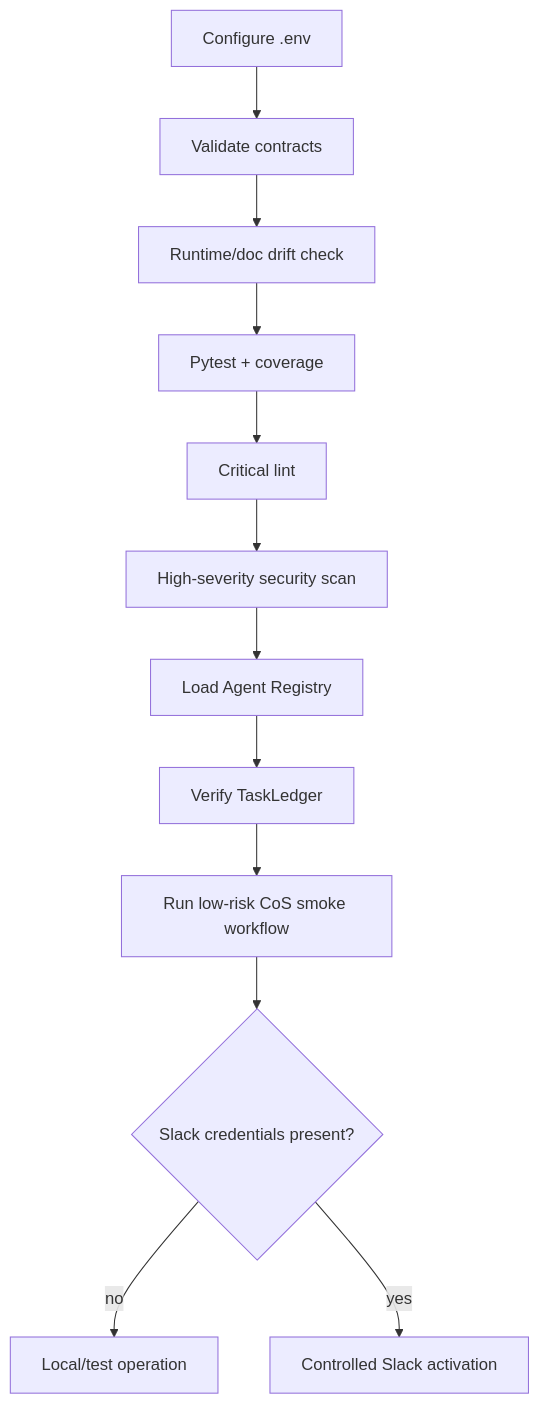
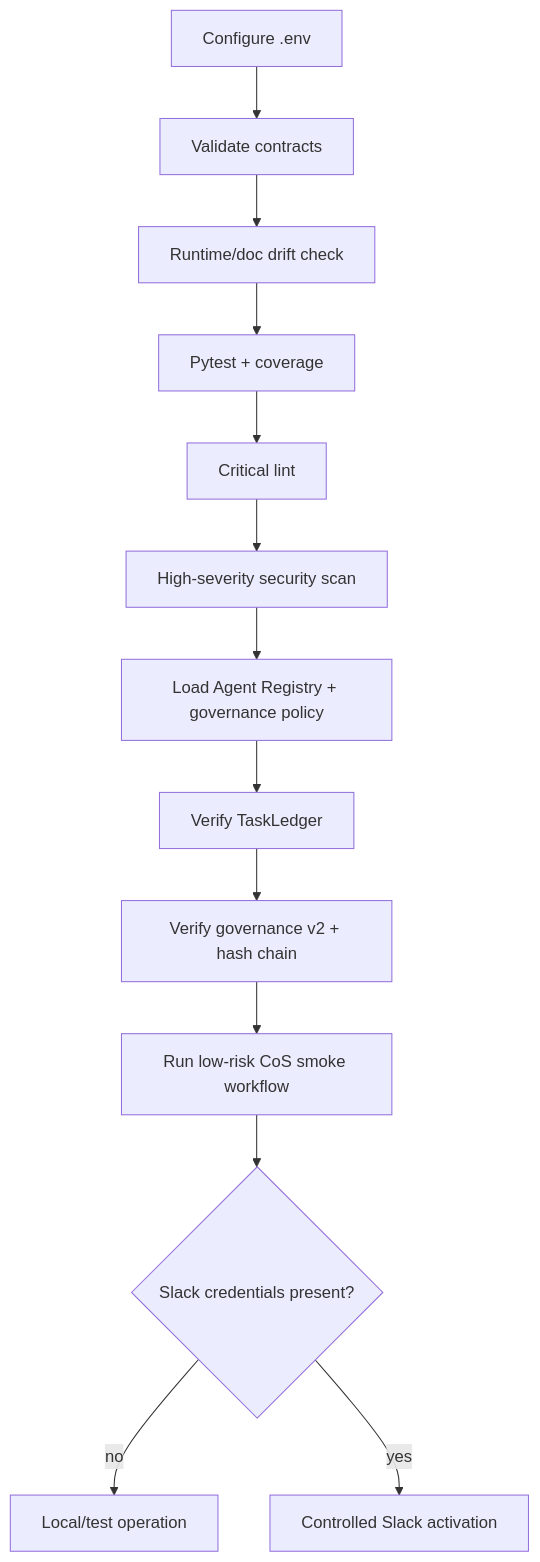
Before and after one commit to mkleinbe/mesh-ai-agent-cos-universe: the first of 3 diagrams in docs/runbook.md, drawn with Mermaid. The commit also changed other lines of this file, not shown here.

Commit message:
docs: add governance-log operations and reconciliation runbook

````diff
--- a/docs/runbook.md
+++ b/docs/runbook.md
@@ -5,14 +5,15 @@
 ```mermaid
 flowchart TB
     CFG[Configure .env] --> CONTRACTS[Validate contracts]
     CONTRACTS --> DRIFT[Runtime/doc drift check]
     DRIFT --> TEST[Pytest + coverage]
     TEST --> LINT[Critical lint]
     LINT --> SEC[High-severity security scan]
-    SEC --> REG[Load Agent Registry]
+    SEC --> REG[Load Agent Registry + governance policy]
     REG --> LEDGER[Verify TaskLedger]
-    LEDGER --> SMOKE[Run low-risk CoS smoke workflow]
+    LEDGER --> GOV[Verify governance v2 + hash chain]
+    GOV --> SMOKE[Run low-risk CoS smoke workflow]
     SMOKE --> SLACK{Slack credentials present?}
     SLACK -->|no| LOCAL[Local/test operation]
     SLACK -->|yes| LIVE[Controlled Slack activation]
 ```
````
